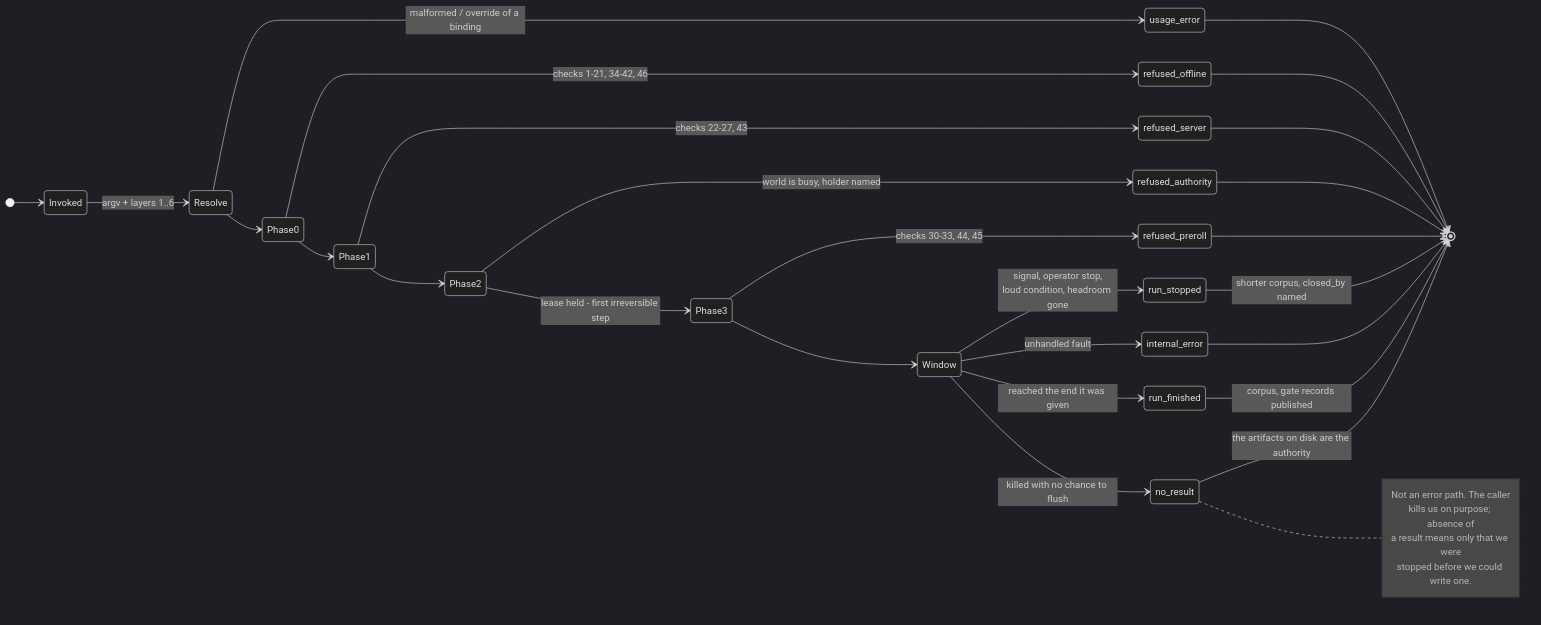
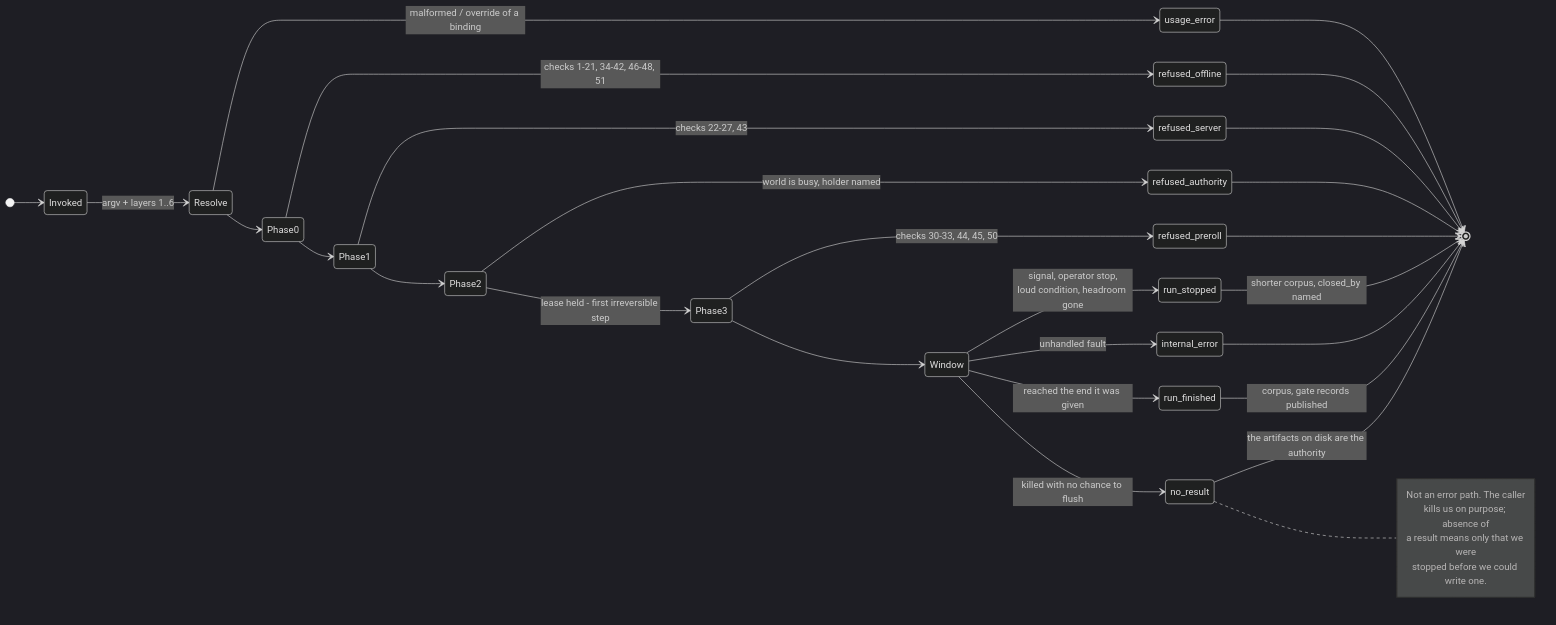
Before and after one commit to sbrett9/carla: the second of 4 diagrams in Docs/CAT_Research/Plans/SUMO_Behavioral_Capture/12_Operator_Control_Surface.md, drawn with Mermaid (dark theme). The commit also changed other lines of this file and 18 other files, not shown here.

````diff
--- a/Docs/CAT_Research/Plans/SUMO_Behavioral_Capture/12_Operator_Control_Surface.md
+++ b/Docs/CAT_Research/Plans/SUMO_Behavioral_Capture/12_Operator_Control_Surface.md
@@ -765,37 +768,37 @@
 ```mermaid
 stateDiagram-v2
     direction LR
     [*] --> Invoked
     Invoked --> Resolve : argv + layers 1..6
     Resolve --> usage_error : malformed / override of a binding
     Resolve --> Phase0
-    Phase0 --> refused_offline : checks 1-21, 34-42, 46
+    Phase0 --> refused_offline : checks 1-21, 34-42, 46-48, 51
     Phase0 --> Phase1
     Phase1 --> refused_server : checks 22-27, 43
     Phase1 --> Phase2
     Phase2 --> refused_authority : world is busy, holder named
     Phase2 --> Phase3 : lease held - first irreversible step
-    Phase3 --> refused_preroll : checks 30-33, 44, 45
+    Phase3 --> refused_preroll : checks 30-33, 44, 45, 50
     Phase3 --> Window
     Window --> run_stopped : signal, operator stop,<br/>loud condition, headroom gone
     Window --> internal_error : unhandled fault
     Window --> run_finished : reached the end it was given
     Window --> no_result : killed with no chance to flush
 
     run_finished --> [*] : corpus, gate records published
     run_stopped --> [*] : shorter corpus, closed_by named
     no_result --> [*] : the artifacts on disk are the authority
     usage_error --> [*]
     refused_offline --> [*]
     refused_server --> [*]
     refused_authority --> [*]
     refused_preroll --> [*]
     internal_error --> [*]
 
     note right of no_result
         Not an error path. The caller
         kills us on purpose; absence of
         a result means only that we were
         stopped before we could write one.
     end note
 ```
````
